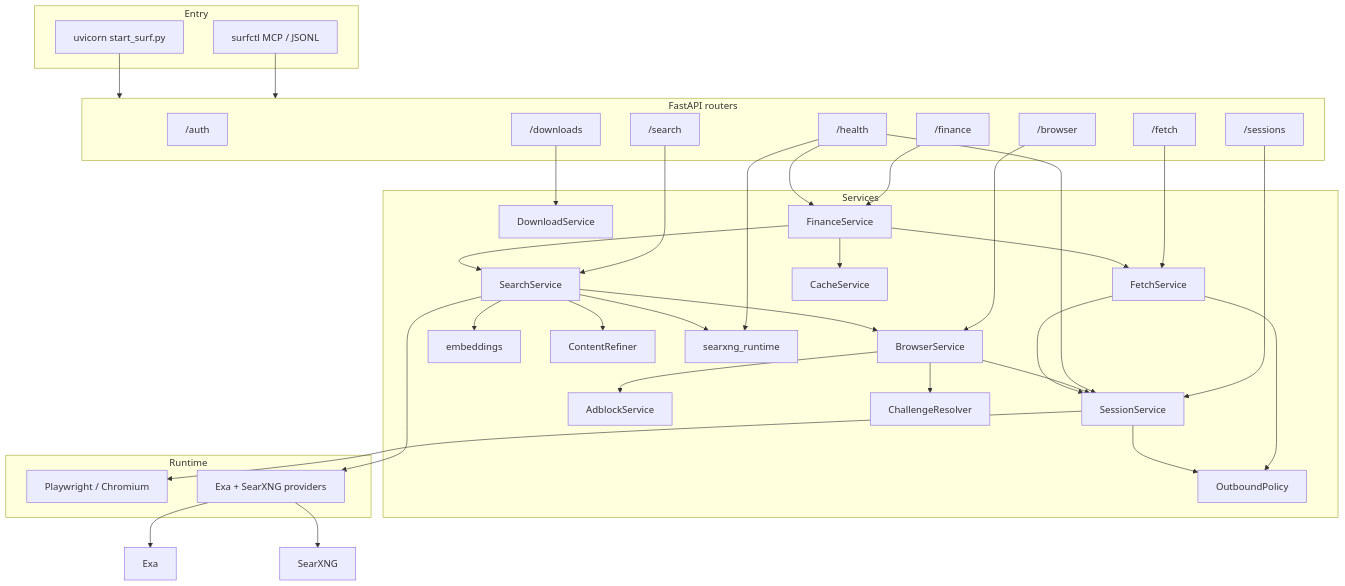
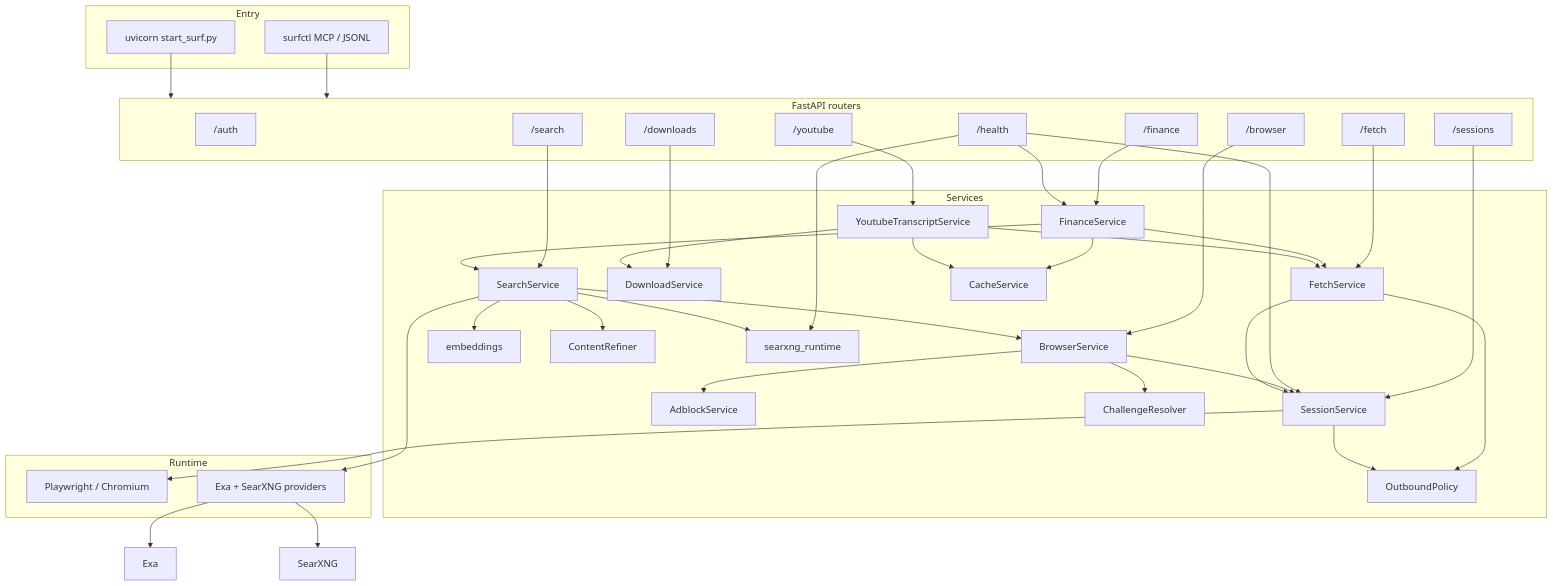
One commit to nomadbarefoot/SURF changed the second of 7 diagrams in ARCHITECTURE.md. Above: the diagram before and after it, drawn with Mermaid. The commit also changed other lines of this file and 18 other files, not shown here.

````diff
--- a/ARCHITECTURE.md
+++ b/ARCHITECTURE.md
@@ -53,70 +53,76 @@
 ```mermaid
 flowchart TB
   subgraph Entry
     MCP["surfctl MCP / JSONL"]
     UV["uvicorn start_surf.py"]
   end
 
   subgraph API["FastAPI routers"]
     Auth["/auth"]
     Sess["/sessions"]
     Br["/browser"]
     Fet["/fetch"]
     Dl["/downloads"]
     Srch["/search"]
     Fin["/finance"]
+    YT["/youtube"]
     Hlth["/health"]
   end
 
   subgraph Services
     SS["SessionService"]
     BS["BrowserService"]
     FS["FetchService"]
     DS["DownloadService"]
     AB["AdblockService"]
     Search["SearchService"]
     Finance["FinanceService"]
+    Transcript["YoutubeTranscriptService"]
     Emb["embeddings"]
     CR["ContentRefiner"]
     Ch["ChallengeResolver"]
     Egress["OutboundPolicy"]
     SXRT["searxng_runtime"]
     Cache["CacheService"]
   end
 
   subgraph Runtime
     PW["Playwright / Chromium"]
     Providers["Exa + SearXNG providers"]
   end
 
   MCP --> API
   UV --> API
 
   Sess --> SS
   Br --> BS
   Fet --> FS
   Dl --> DS
   Srch --> Search
   Fin --> Finance
+  YT --> Transcript
   Hlth --> SS
   Hlth --> SXRT
   Hlth --> Finance
 
   BS --> SS
   BS --> AB
   BS --> Ch
   FS --> SS
   FS --> Egress
   SS --> Egress
   Search --> Providers
   Search --> Emb
   Search --> BS
   Search --> CR
   Search --> SXRT
   Finance --> FS
   Finance --> Search
   Finance --> Cache
+  Transcript --> FS
+  Transcript --> DS
+  Transcript --> Cache
   SS --> PW
   Providers --> ExaAPI["Exa"]
   Providers --> SearX["SearXNG"]
 ```
````
